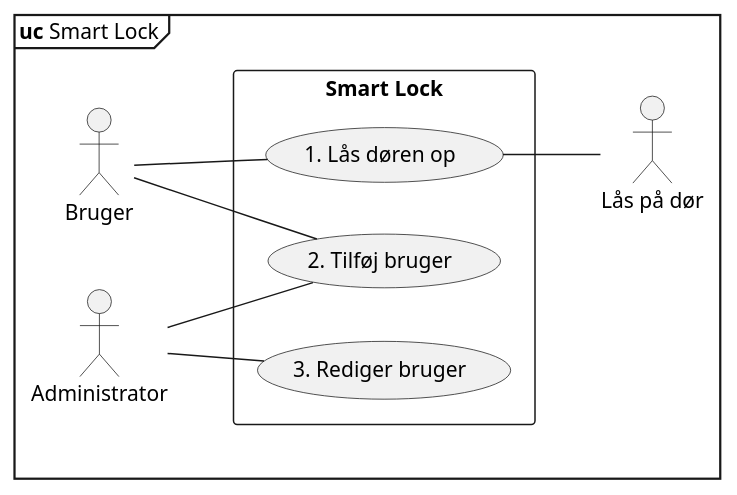
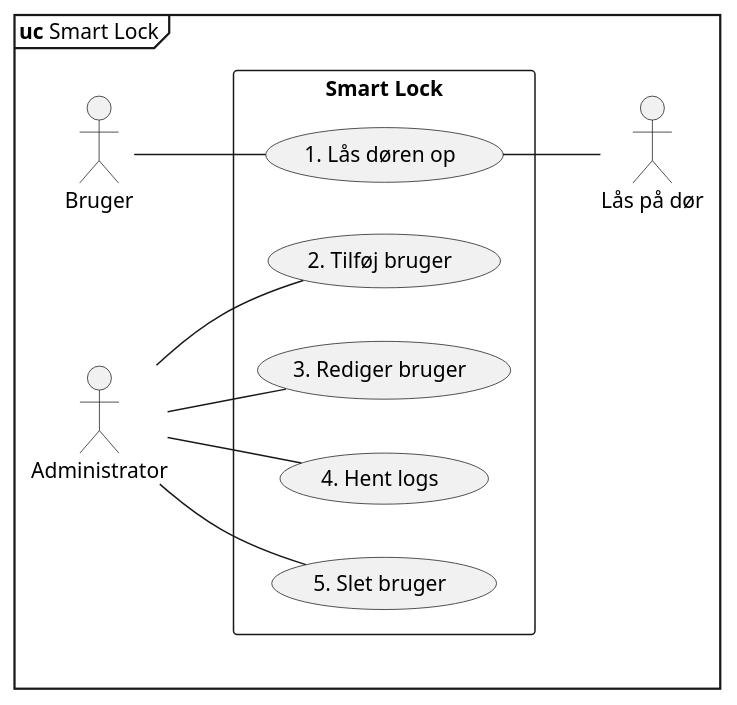
One commit to 0gga/AsyncNFCServer changed the diagram in Diagrams/UC_diagram.puml. Above: the diagram before and after it, drawn with PlantUML.

Commit message:
Updated UC diagram

```diff
--- a/Diagrams/UC_diagram.puml
+++ b/Diagrams/UC_diagram.puml
@@ -1,22 +1,25 @@
 @startuml UC
 left to right direction
 
 mainframe **uc** Smart Lock
 actor :Bruger: as user
 actor :Administrator: as admin
 actor :Lås på dør: as lock
 
 rectangle "Smart Lock" {
     usecase (1. Lås døren op) as (unlock)
     usecase (2. Tilføj bruger) as (add)
     usecase (3. Rediger bruger) as (edit)
+    usecase (4. Hent logs) as (logs)
+    usecase (5. Slet bruger) as (delete)
 }
 
 user -- (unlock)
-user -- (add)
 (unlock) -- lock
 admin -- (add)
 admin -- (edit)
+admin -- (logs)
+admin -- (delete)
 
 
 @enduml
```
